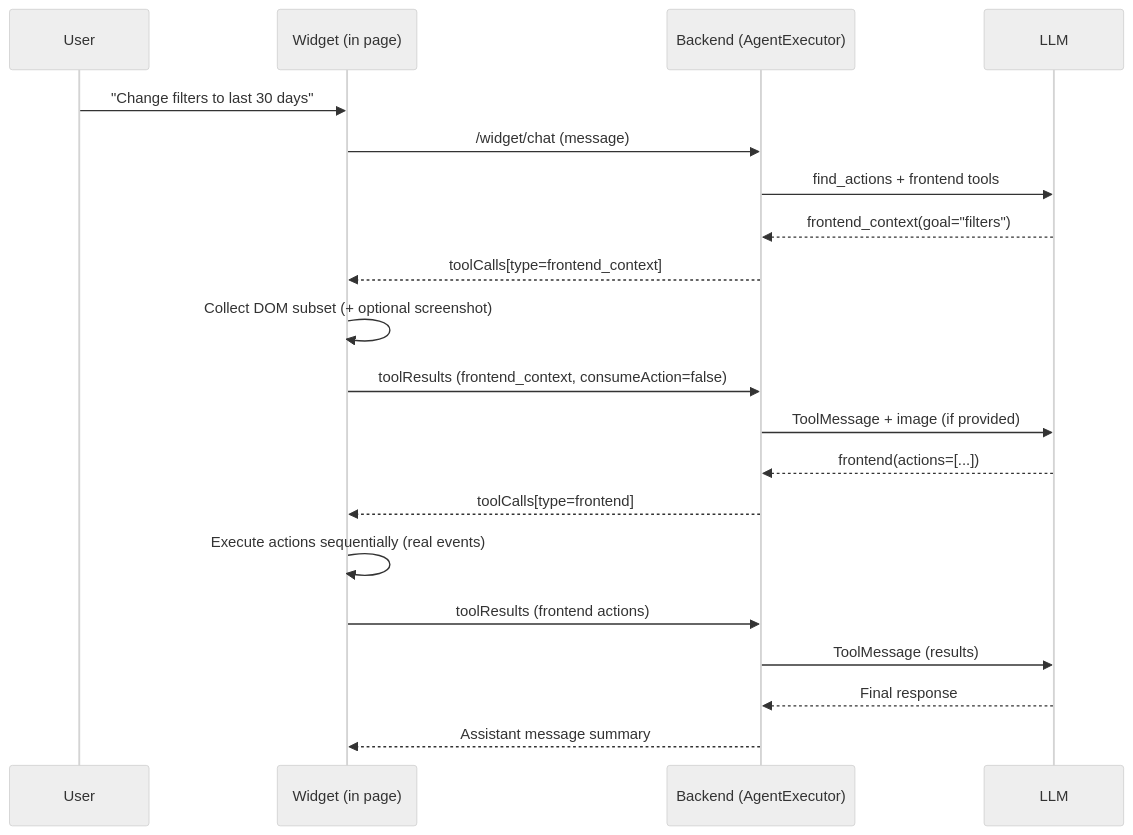
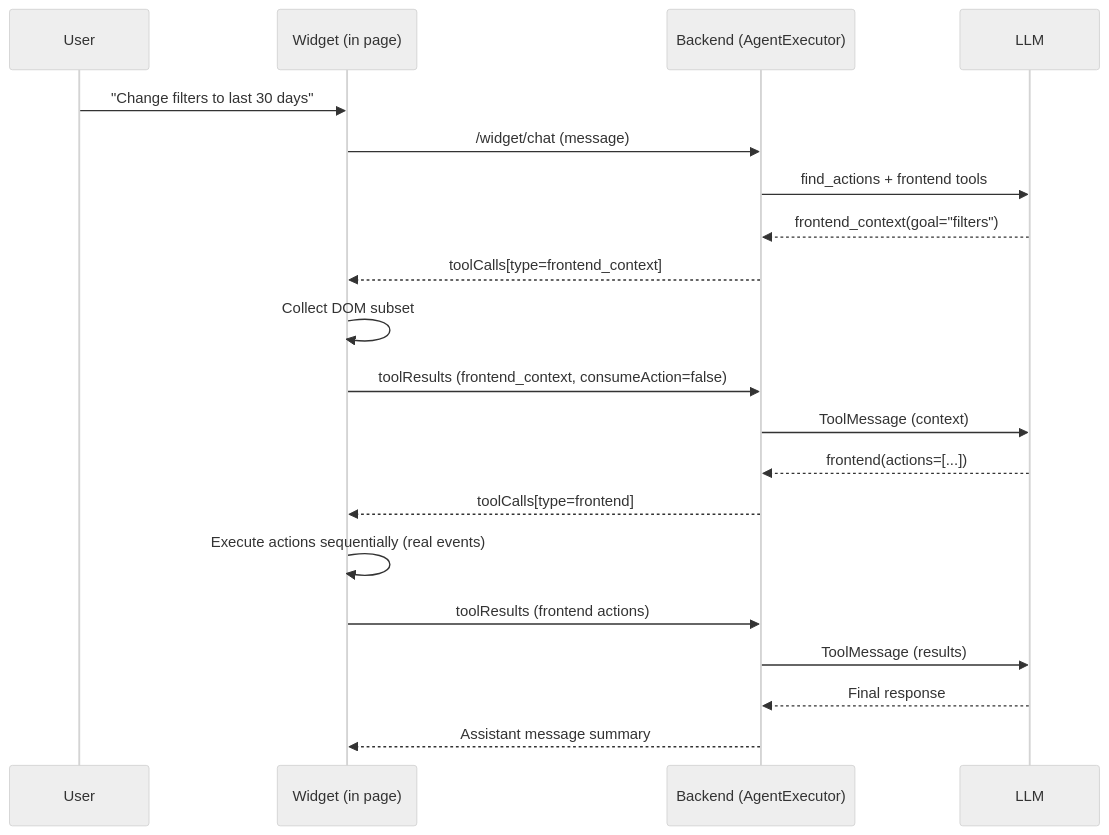
The first of 2 diagrams in docs/frontend-agent.md (mostafasudo/warpy), drawn with Mermaid (neutral theme) before and after one commit. The commit also changed other lines of this file and 8 other files, not shown here.

Commit message:
feat: Update prompt engineering SKILL descriptions and refine frontend context tool schemas for clarity and improved guidance

````diff
--- a/docs/frontend-agent.md
+++ b/docs/frontend-agent.md
@@ -20,23 +19,23 @@
 ```mermaid
 sequenceDiagram
   participant U as User
   participant W as Widget (in page)
   participant B as Backend (AgentExecutor)
   participant L as LLM
 
   U->>W: "Change filters to last 30 days"
   W->>B: /widget/chat (message)
   B->>L: find_actions + frontend tools
   L-->>B: frontend_context(goal="filters")
   B-->>W: toolCalls[type=frontend_context]
-  W->>W: Collect DOM subset (+ optional screenshot)
+  W->>W: Collect DOM subset
   W->>B: toolResults (frontend_context, consumeAction=false)
-  B->>L: ToolMessage + image (if provided)
+  B->>L: ToolMessage (context)
   L-->>B: frontend(actions=[...])
   B-->>W: toolCalls[type=frontend]
   W->>W: Execute actions sequentially (real events)
   W->>B: toolResults (frontend actions)
   B->>L: ToolMessage (results)
   L-->>B: Final response
   B-->>W: Assistant message summary
 ```
````
